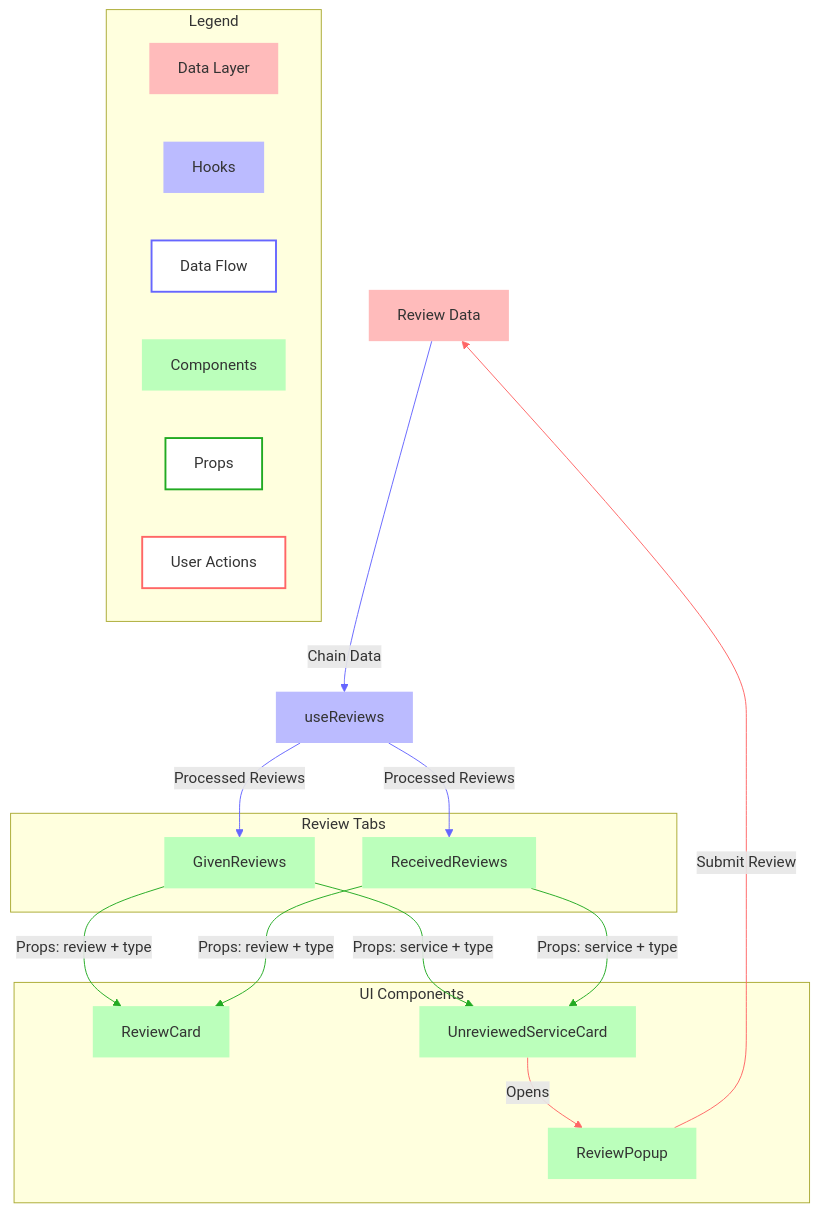
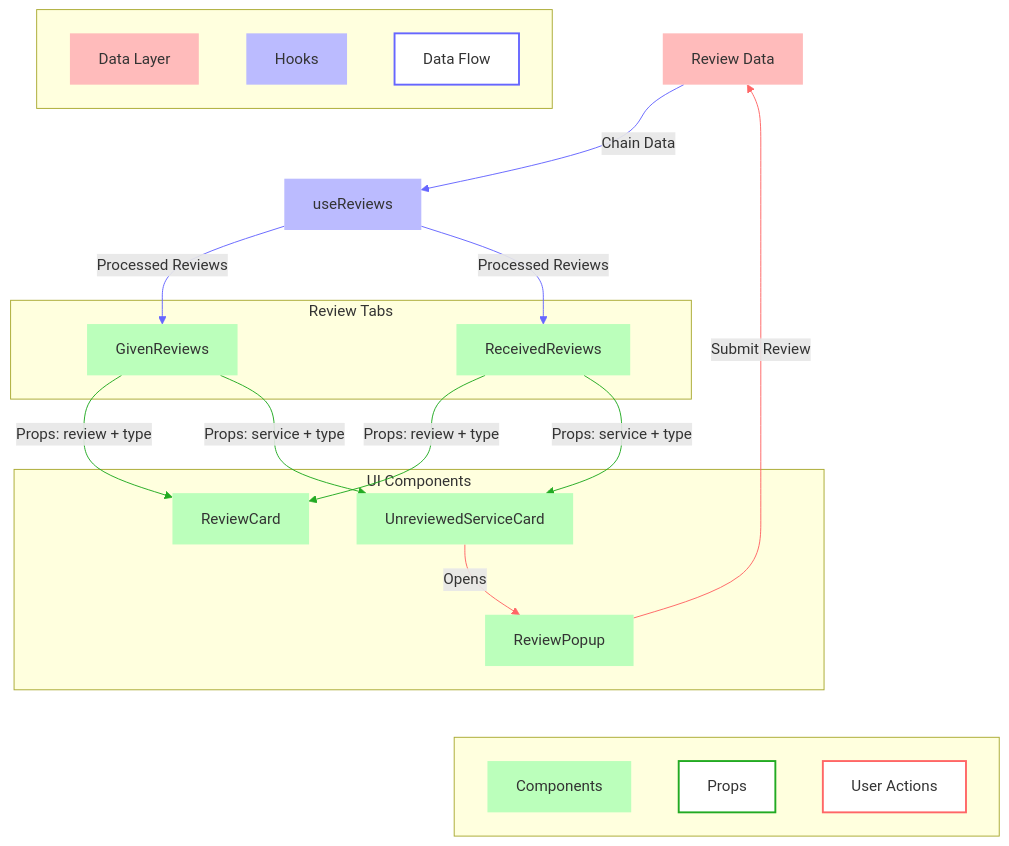
One commit to Gigentic/gigentic-frontend changed the diagram in web/components/review/review.md. Above: the diagram before and after it, drawn with Mermaid.

Commit message:
update review diagram

````diff
--- a/web/components/review/review.md
+++ b/web/components/review/review.md
@@ -1,61 +1,70 @@
 ```mermaid
 graph TD
 
         D[Review Data]
         style D fill:#fbb,stroke-width:0px
 
         UR[useReviews]
         style UR fill:#bbf,stroke-width:0px
 
     subgraph "Review Tabs"
         GR[GivenReviews]
         RR[ReceivedReviews]
         style GR fill:#bfb,stroke-width:0px
         style RR fill:#bfb,stroke-width:0px
     end
 
     subgraph "UI Components"
         RC[ReviewCard]
         USC[UnreviewedServiceCard]
         RP[ReviewPopup]
         style RC fill:#bfb,stroke-width:0px
         style USC fill:#bfb,stroke-width:0px
         style RP fill:#bfb,stroke-width:0px
     end
 
+
         %% Legend
-    subgraph "Legend"
+    subgraph " "
         L1[Data Layer]
         L2[Hooks]
         L4["Data Flow"]
+        style L1 fill:#fbb,stroke-width:0px
+        style L2 fill:#bbf,stroke-width:0px
+        style L3 fill:#bfb,stroke-width:0px
+    end
+
+        %% Legend
+    subgraph " "
         L3[Components]
         L5["Props"]
         L6["User Actions"]
-        style L1 fill:#fbb,stroke-width:0px
-        style L2 fill:#bbf,stroke-width:0px
-        style L3 fill:#bfb,stroke-width:0px
         style L4 fill:#fff,stroke:#66f,stroke-width:2px
         style L5 fill:#fff,stroke:#2a2,stroke-width:2px
         style L6 fill:#fff,stroke:#f66,stroke-width:2px
     end
 
     %% Data Flow
     D -->|"Chain Data"| UR
     UR -->|"Processed Reviews"| GR
     UR -->|"Processed Reviews"| RR
 
     %% Props Flow
     GR -->|"Props: review + type"| RC
     RR -->|"Props: review + type"| RC
     GR -->|"Props: service + type"| USC
     RR -->|"Props: service + type"| USC
 
     %% User Actions
     USC -->|"Opens"| RP
     RP -->|"Submit Review"| D
 
+    %% Invisible arrow to position legend
+    L1 ~~~ UR
+    RP ~~~ L3
+
     %% Style different types of arrows
     linkStyle 0,1,2 stroke:#66f,stroke-width:2px %% Data Flow in blue
     linkStyle 3,4,5,6 stroke:#2a2,stroke-width:2px %% Props Flow in green
     linkStyle 7,8 stroke:#f66,stroke-width:2px %% User Actions in red
 ```
````
